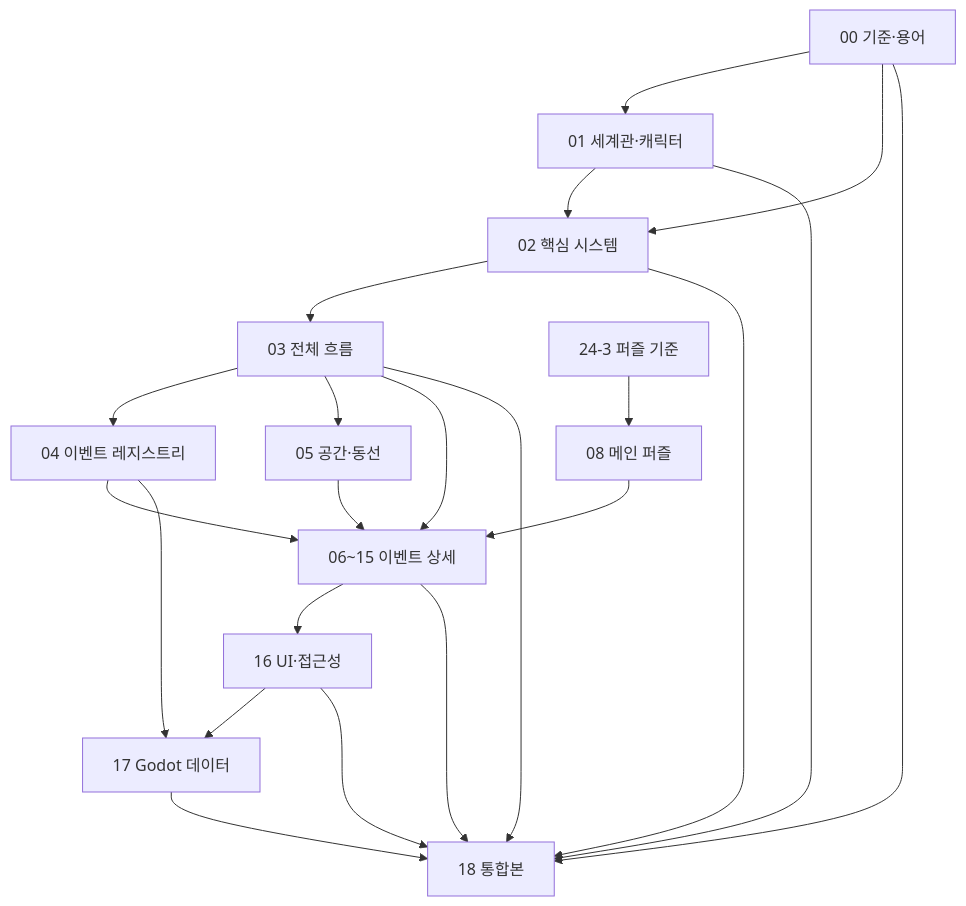
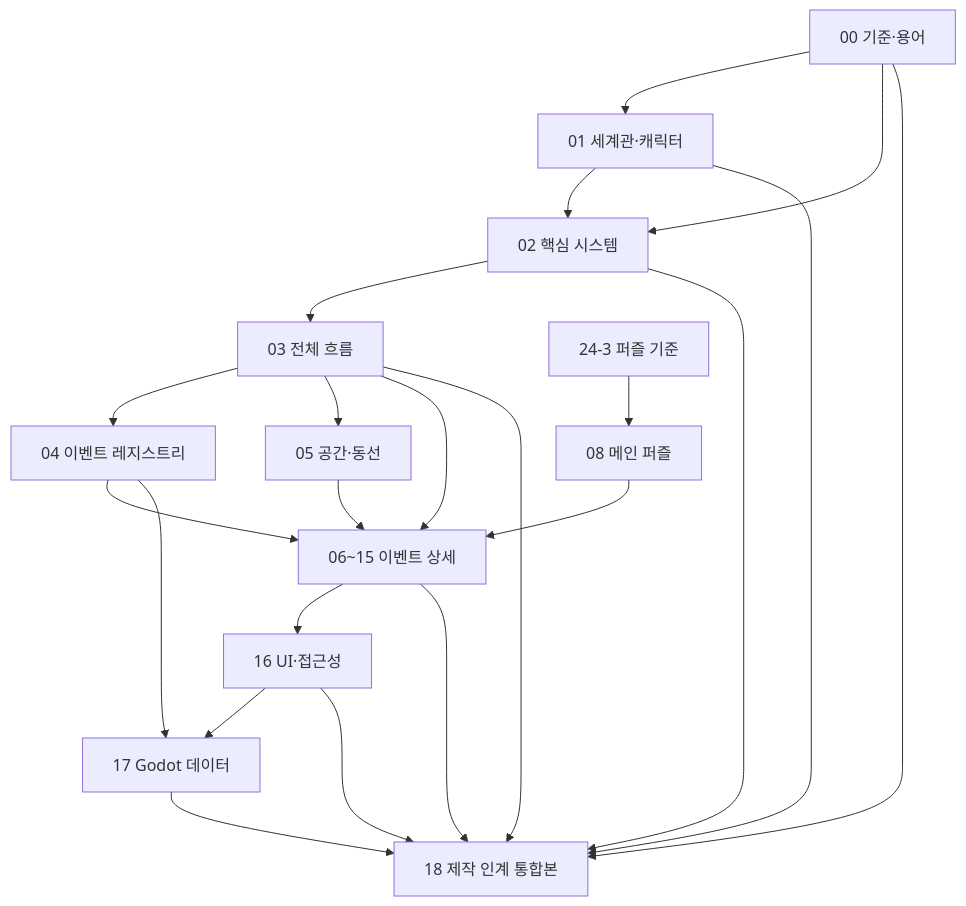
The diagram in ideas/md/v04/00_v04_문서목록_및_확정사항.md (devb-eru/ggb), drawn with Mermaid before and after one commit. The commit also changed other lines of this file and 8 other files, not shown here.

````diff
--- a/ideas/md/v04/00_v04_문서목록_및_확정사항.md
+++ b/ideas/md/v04/00_v04_문서목록_및_확정사항.md
@@ -187,24 +187,24 @@
 ```mermaid
 flowchart TD
     D00["00 기준·용어"] --> D01["01 세계관·캐릭터"]
     D00 --> D02["02 핵심 시스템"]
     D01 --> D02
     D02 --> D03["03 전체 흐름"]
     D03 --> D04["04 이벤트 레지스트리"]
     D03 --> D05["05 공간·동선"]
     D03 --> DETAIL["06~15 이벤트 상세"]
     D04 --> DETAIL
     D05 --> DETAIL
     P243["24-3 퍼즐 기준"] --> D08["08 메인 퍼즐"]
     D08 --> DETAIL
     DETAIL --> D16["16 UI·접근성"]
     D04 --> D17["17 Godot 데이터"]
     D16 --> D17
-    D00 --> D18["18 통합본"]
+    D00 --> D18["18 제작 인계 통합본"]
     D01 --> D18
     D02 --> D18
     D03 --> D18
     DETAIL --> D18
     D16 --> D18
     D17 --> D18
 ```
````
